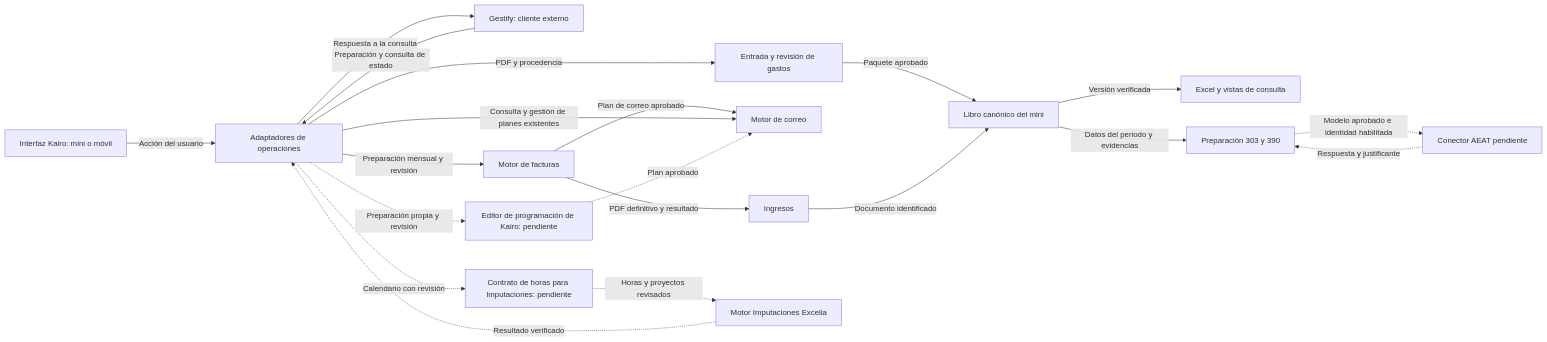
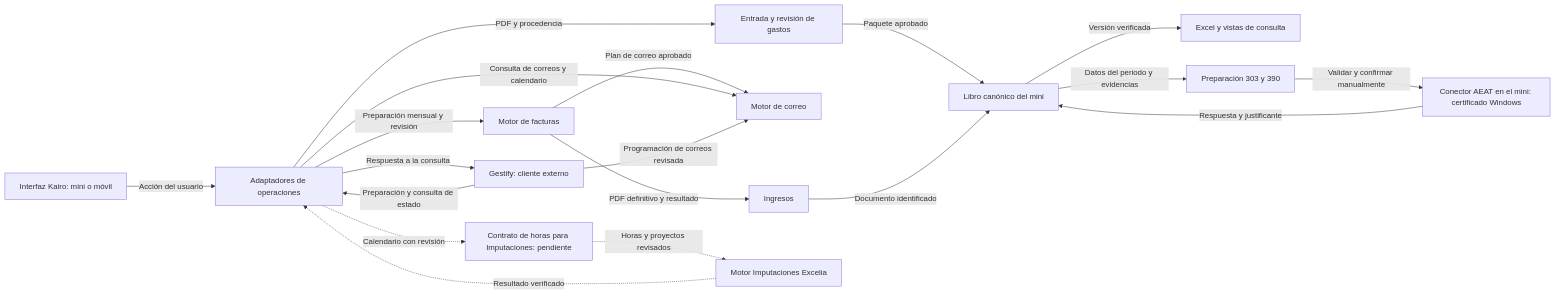
One commit to avi-work-projects/horas-excelia changed the diagram in docs/KAIRO-ECOSYSTEM.md. Above: the diagram before and after it, drawn with Mermaid. The commit also changed other lines of this file and 25 other files, not shown here.

Commit message:
WIP: connect local AEAT filing with Windows certificate and durable receipts

````diff
--- a/docs/KAIRO-ECOSYSTEM.md
+++ b/docs/KAIRO-ECOSYSTEM.md
@@ -42,22 +43,21 @@
 ```mermaid
 flowchart LR
     U[Interfaz Kairo: mini o móvil] -->|Acción del usuario| A[Adaptadores de operaciones]
     EX[Gestify: cliente externo] -->|Preparación y consulta de estado| A
     A -->|Respuesta a la consulta| EX
     A -->|Preparación mensual y revisión| F[Motor de facturas]
     F -->|PDF definitivo y resultado| I[Ingresos]
     F -->|Plan de correo aprobado| C[Motor de correo]
-    A -->|Consulta y gestión de planes existentes| C
-    A -.->|Preparación propia y revisión| P[Editor de programación de Kairo: pendiente]
-    P -.->|Plan aprobado| C
+    A -->|Consulta de correos y calendario| C
+    EX -->|Programación de correos revisada| C
     A -->|PDF y procedencia| G[Entrada y revisión de gastos]
     G -->|Paquete aprobado| L[Libro canónico del mini]
     I -->|Documento identificado| L
     L -->|Versión verificada| E[Excel y vistas de consulta]
     L -->|Datos del periodo y evidencias| M[Preparación 303 y 390]
-    M -.->|Modelo aprobado e identidad habilitada| H[Conector AEAT pendiente]
-    H -.->|Respuesta y justificante| M
+    M -->|Validar y confirmar manualmente| H[Conector AEAT en el mini: certificado Windows]
+    H -->|Respuesta y justificante| L
     A -.->|Calendario con revisión| T[Contrato de horas para Imputaciones: pendiente]
     T -.->|Horas y proyectos revisados| X[Motor Imputaciones Excelia]
     X -.->|Resultado verificado| A
 ```
````
